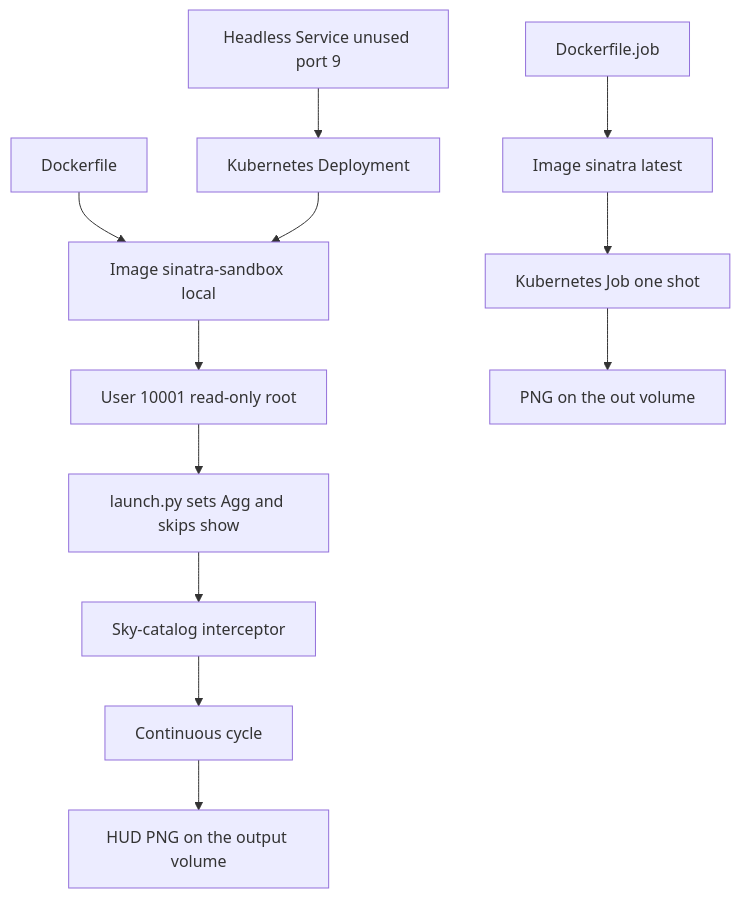
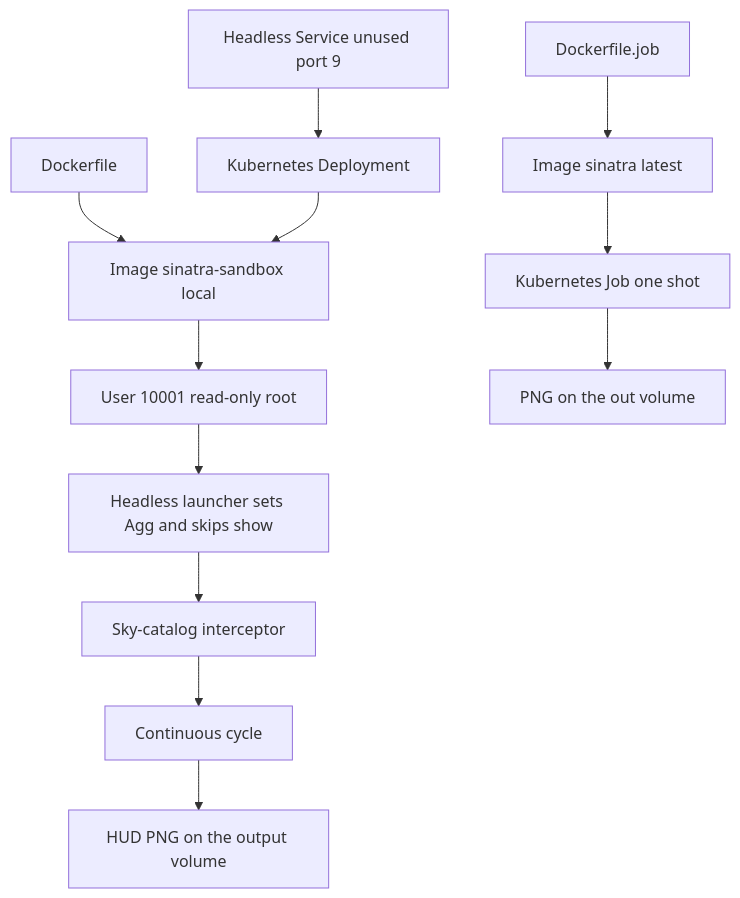
The second of 3 diagrams in README.md (code4johnm/sinatra_audit), drawn with Mermaid before and after one commit. The commit also changed other lines of this file and 6 other files, not shown here.

First line of the commit message:
Render audit equations as Unicode and repair diagrams.

````diff
--- a/README.md
+++ b/README.md
@@ -94,28 +94,28 @@
 ```mermaid
 graph TD
   docker[Dockerfile]
   image[Image sinatra-sandbox local]
   user[User 10001 read-only root]
-  launch[launch.py sets Agg and skips show]
+  launch[Headless launcher sets Agg and skips show]
   script[Sky-catalog interceptor]
   loop[Continuous cycle]
   png[HUD PNG on the output volume]
   dep[Kubernetes Deployment]
   svc[Headless Service unused port 9]
   jobfile[Dockerfile.job]
   jobimg[Image sinatra latest]
   job[Kubernetes Job one shot]
   outvol[PNG on the out volume]
 
   docker --> image
   image --> user
   user --> launch
   launch --> script
   script --> loop
   loop --> png
   dep --> image
   svc --> dep
   jobfile --> jobimg
   jobimg --> job
   job --> outvol
 ```
````
